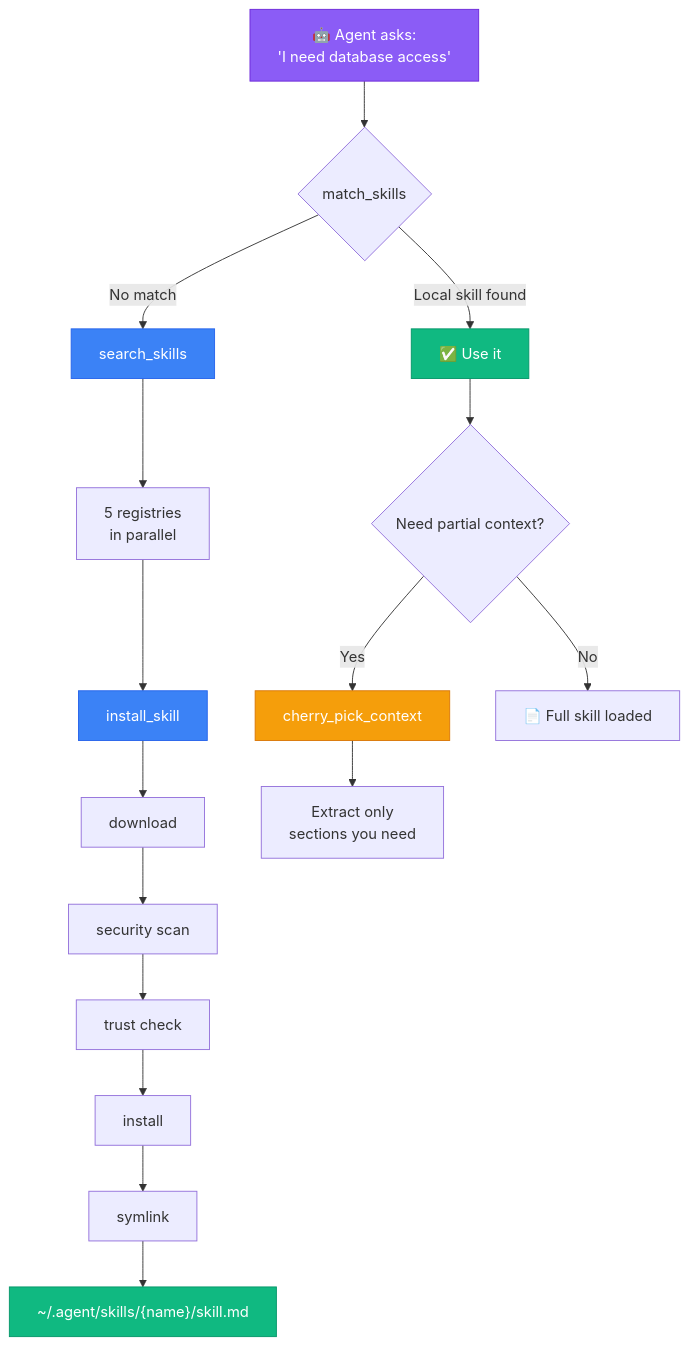
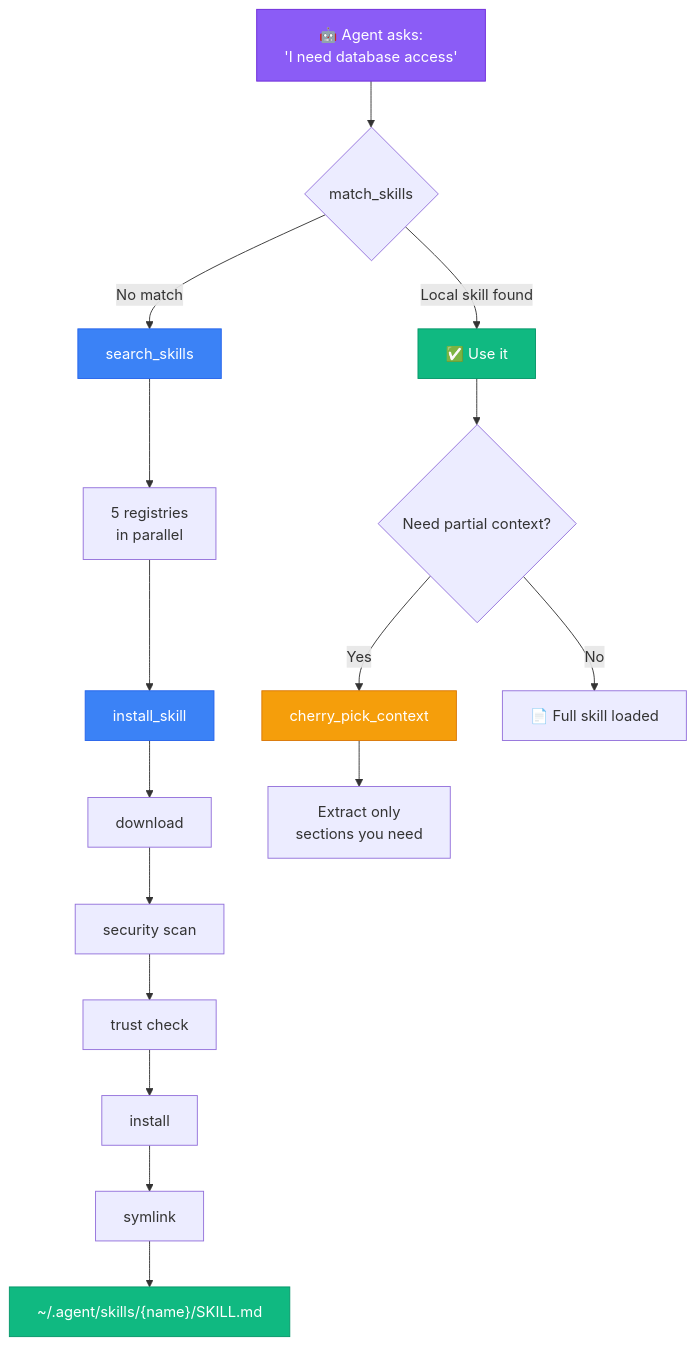
Before and after one commit to ancrz/skill-swarm-mcp: the first of 5 diagrams in README.md, drawn with Mermaid. The commit also changed other lines of this file and 7 other files, not shown here.

````diff
--- a/README.md
+++ b/README.md
@@ -31,25 +31,25 @@
 ```mermaid
 flowchart TD
     A["🤖 Agent asks:<br/>'I need database access'"] --> B{match_skills}
     B -->|Local skill found| C["✅ Use it"]
     B -->|No match| D[search_skills]
     D --> E["5 registries<br/>in parallel"]
     E --> F[install_skill]
     F --> G["download"]
     G --> H["security scan"]
     H --> I["trust check"]
     I --> J["install"]
     J --> K["symlink"]
-    K --> L["~/.agent/skills/{name}/skill.md"]
+    K --> L["~/.agent/skills/{name}/SKILL.md"]
     C --> M{Need partial context?}
     M -->|Yes| N[cherry_pick_context]
     M -->|No| O["📄 Full skill loaded"]
     N --> P["Extract only<br/>sections you need"]
 
     style A fill:#8B5CF6,stroke:#6D28D9,color:#fff
     style C fill:#10B981,stroke:#059669,color:#fff
     style L fill:#10B981,stroke:#059669,color:#fff
     style F fill:#3B82F6,stroke:#2563EB,color:#fff
     style D fill:#3B82F6,stroke:#2563EB,color:#fff
     style N fill:#F59E0B,stroke:#D97706,color:#fff
 ```
````
